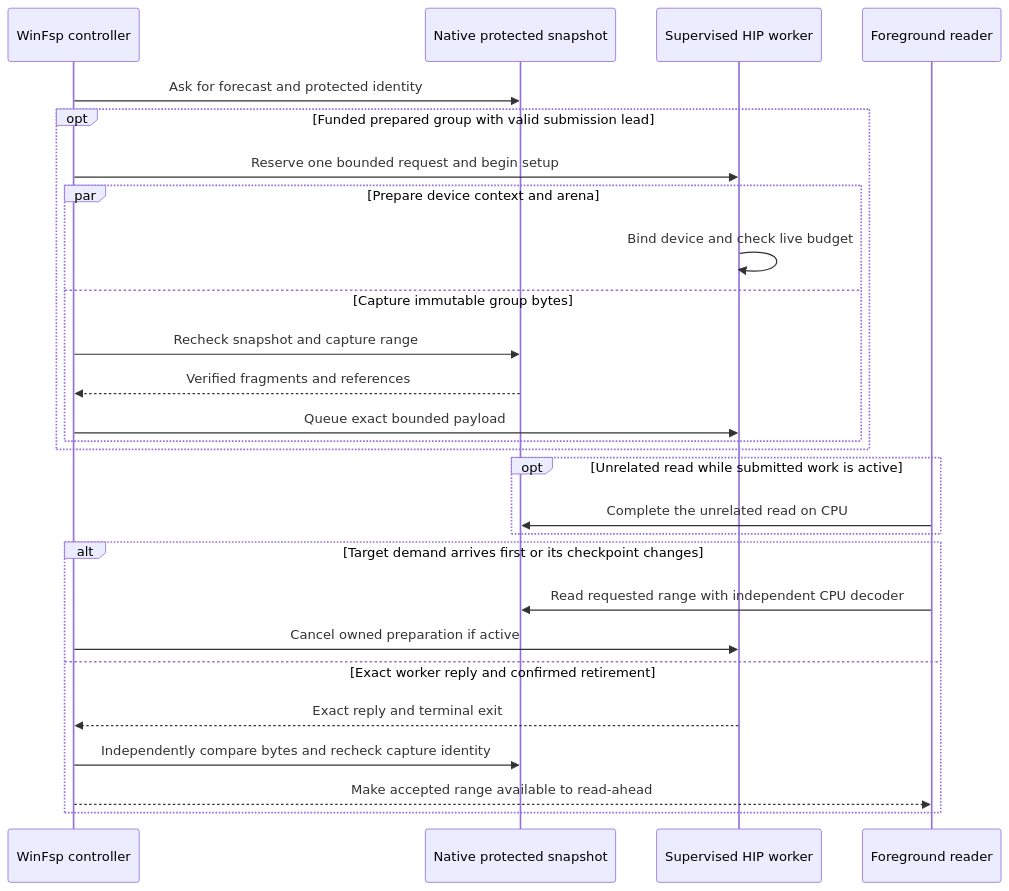
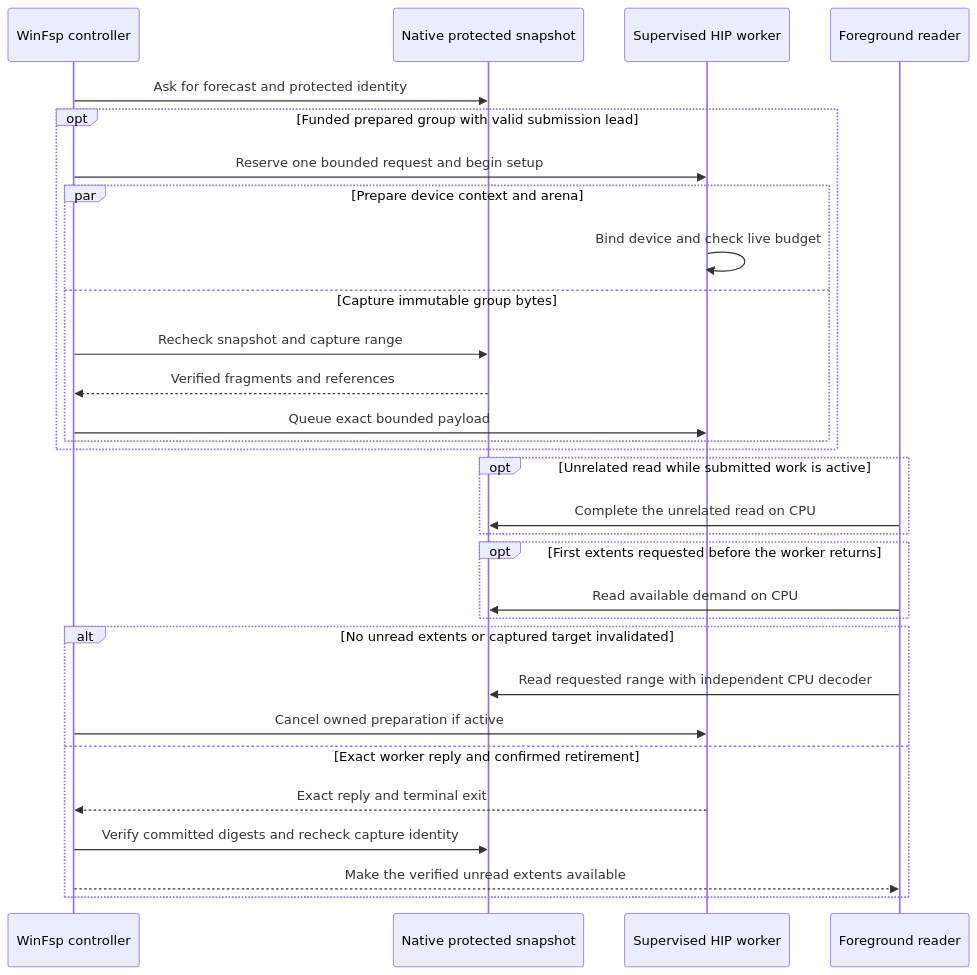
Before and after one commit to strmt7/FlitzFS: diagram 15 of 16 in docs/architecture/CURRENT.md, drawn with Mermaid. The commit also changed other lines of this file and 9 other files, not shown here.

First line of the commit message:
Keep unread AMD group data after early CPU reads

````diff
--- a/docs/architecture/CURRENT.md
+++ b/docs/architecture/CURRENT.md
@@ -565,29 +568,32 @@
 ```mermaid
 sequenceDiagram
     participant C as WinFsp controller
     participant S as Native protected snapshot
     participant W as Supervised HIP worker
     participant R as Foreground reader
     C->>S: Ask for forecast and protected identity
     opt Funded prepared group with valid submission lead
         C->>W: Reserve one bounded request and begin setup
         par Prepare device context and arena
             W->>W: Bind device and check live budget
         and Capture immutable group bytes
             C->>S: Recheck snapshot and capture range
             S-->>C: Verified fragments and references
             C->>W: Queue exact bounded payload
         end
     end
     opt Unrelated read while submitted work is active
         R->>S: Complete the unrelated read on CPU
     end
-    alt Target demand arrives first or its checkpoint changes
+    opt First extents requested before the worker returns
+        R->>S: Read available demand on CPU
+    end
+    alt No unread extents or captured target invalidated
         R->>S: Read requested range with independent CPU decoder
         C->>W: Cancel owned preparation if active
     else Exact worker reply and confirmed retirement
         W-->>C: Exact reply and terminal exit
-        C->>S: Independently compare bytes and recheck capture identity
-        C-->>R: Make accepted range available to read-ahead
+        C->>S: Verify committed digests and recheck capture identity
+        C-->>R: Make the verified unread extents available
     end
 ```
````
